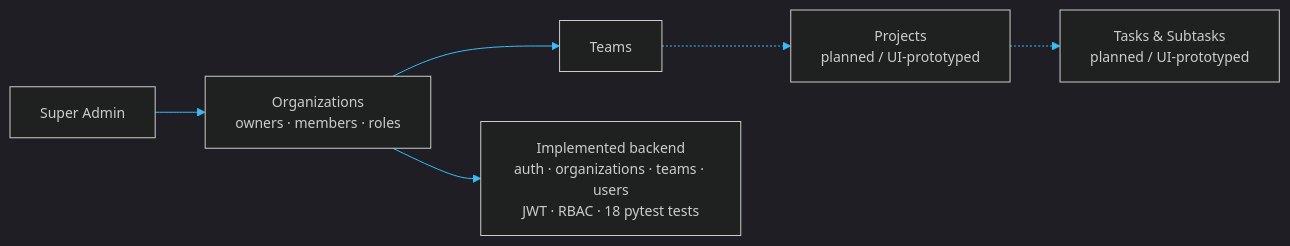
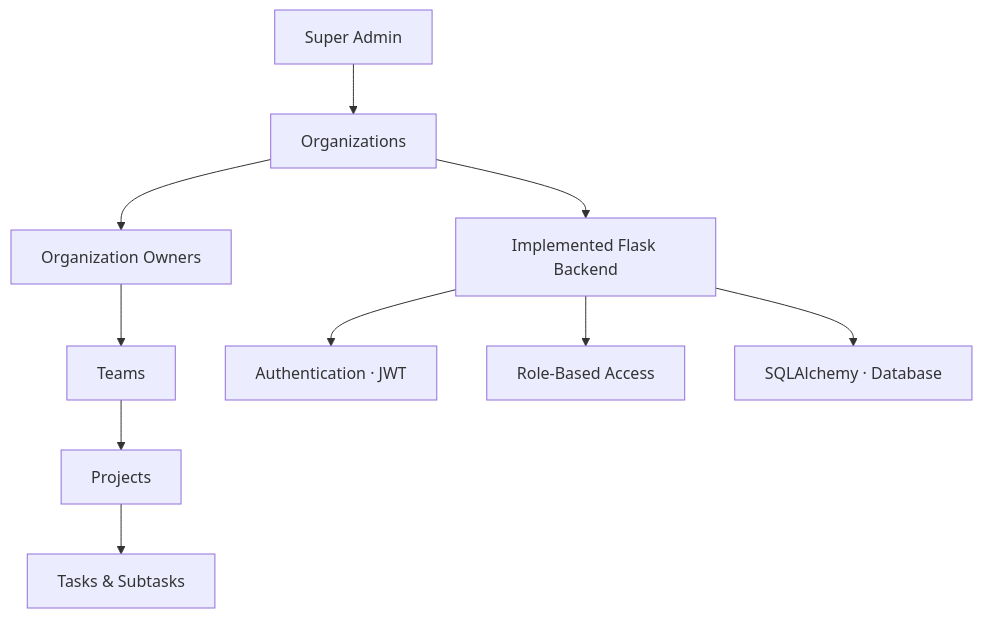
Before and after one commit to Awab7-ux/Awab7-ux: the fifth of 5 diagrams in README.md, drawn with Mermaid. The commit also changed other lines of this file, not shown here.

````diff
--- a/README.md
+++ b/README.md
@@ -537,7 +230,13 @@
 ```mermaid
-%%{init: {'theme':'dark','themeVariables':{'primaryColor':'#0F2A4A','primaryBorderColor':'#38BDF8','lineColor':'#38BDF8','primaryTextColor':'#E6F1FF','fontSize':'14px'}}}%%
-flowchart LR
-  SA["Super Admin"] --> O["Organizations<br/>owners · members · roles"] --> TM["Teams"]
-  TM -.-> P["Projects<br/>planned / UI-prototyped"] -.-> TK["Tasks & Subtasks<br/>planned / UI-prototyped"]
-  O --> BE["Implemented backend<br/>auth · organizations · teams · users<br/>JWT · RBAC · 18 pytest tests"]
+flowchart TD
+    SA["Super Admin"]
+    SA --> ORG["Organizations"]
+    ORG --> OWNER["Organization Owners"]
+    OWNER --> TEAM["Teams"]
+    TEAM --> PROJECT["Projects"]
+    PROJECT --> TASK["Tasks & Subtasks"]
+    ORG --> BACK["Implemented Flask Backend"]
+    BACK --> AUTH["Authentication · JWT"]
+    BACK --> RBAC["Role-Based Access"]
+    BACK --> DB["SQLAlchemy · Database"]
 ```
````
